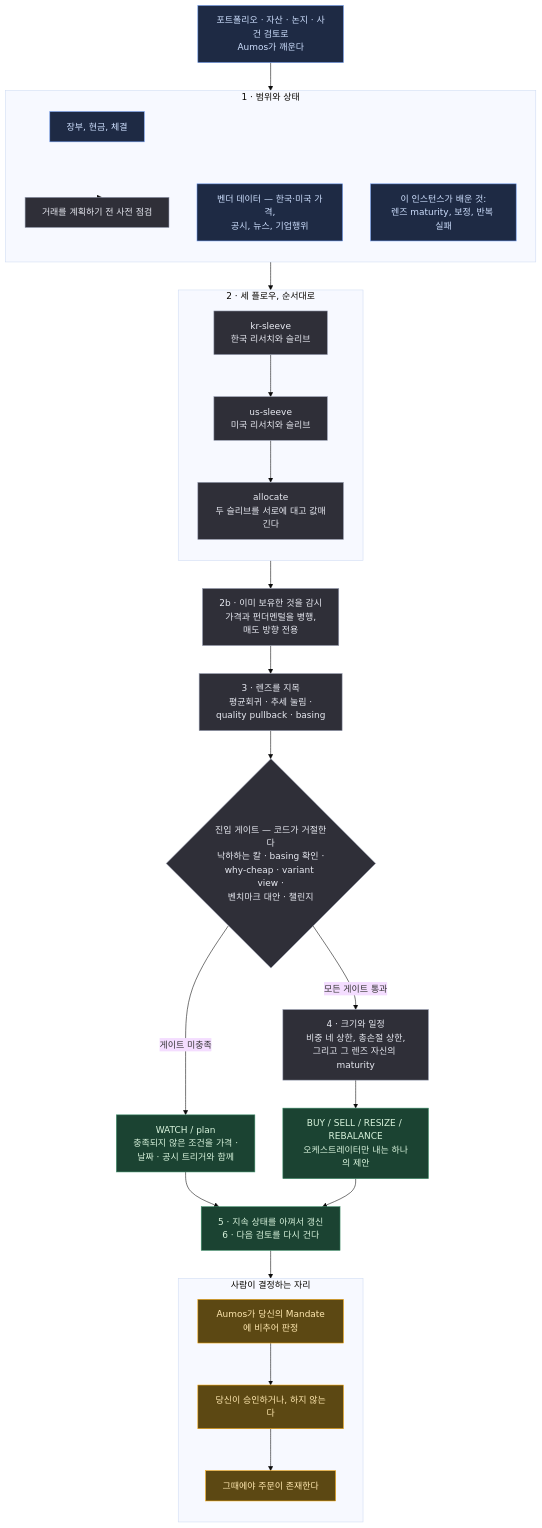
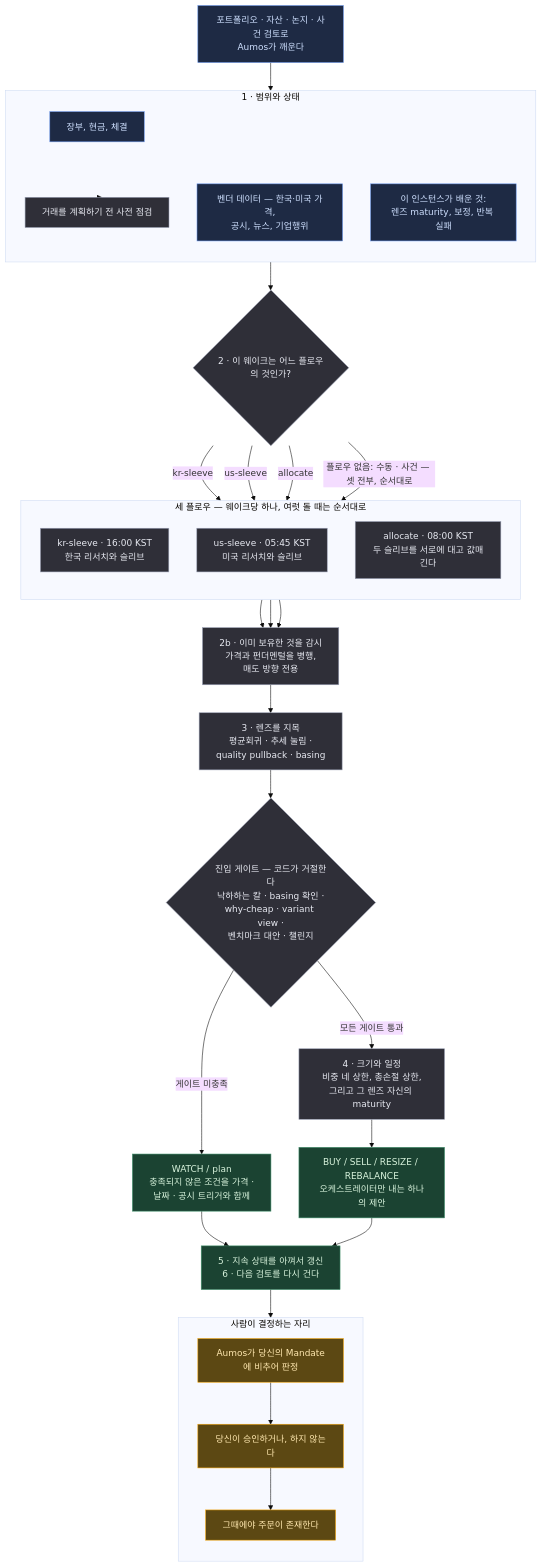
Before and after one commit to untilled/aumos-catalogue: the diagram in managers/evidence-gated/README.ko.md, drawn with Mermaid (base theme). The commit also changed other lines of this file and 13 other files, not shown here.

First line of the commit message:
fix(evidence-gated): 웨이크가 자기 flow를 싣고 오고, 오케스트레이터가 그것만 돌린다

````diff
--- a/managers/evidence-gated/README.ko.md
+++ b/managers/evidence-gated/README.ko.md
@@ -93,52 +113,61 @@
 ```mermaid
 flowchart TB
     classDef reads fill:#1e2a44,stroke:#6f9bf0,color:#cfe0ff
     classDef judges fill:#2f2f38,stroke:#9aa0b4,color:#e8eaf2
     classDef proposes fill:#1b4332,stroke:#40916c,color:#d8f3dc
     classDef person fill:#5c4813,stroke:#f6a609,color:#ffe8b0
 
     WAKE["포트폴리오 · 자산 · 논지 · 사건 검토로<br/>Aumos가 깨운다"]:::reads
 
     subgraph IN["1 · 범위와 상태"]
         direction TB
         BOOK["장부, 현금, 체결"]:::reads
         SRC["벤더 데이터 — 한국·미국 가격,<br/>공시, 뉴스, 기업행위"]:::reads
         MEM["이 인스턴스가 배운 것:<br/>렌즈 maturity, 보정, 반복 실패"]:::reads
         PRE["거래를 계획하기 전 사전 점검"]:::judges
     end
 
-    subgraph FLOWS["2 · 세 플로우, 순서대로"]
+    WHICH{"2 · 이 웨이크는 어느 플로우의 것인가?"}:::judges
+
+    subgraph FLOWS["세 플로우 — 웨이크당 하나, 여럿 돌 때는 순서대로"]
         direction TB
-        KR["kr-sleeve<br/>한국 리서치와 슬리브"]:::judges
-        US["us-sleeve<br/>미국 리서치와 슬리브"]:::judges
-        AL["allocate<br/>두 슬리브를 서로에 대고 값매긴다"]:::judges
+        KR["kr-sleeve · 16:00 KST<br/>한국 리서치와 슬리브"]:::judges
+        US["us-sleeve · 05:45 KST<br/>미국 리서치와 슬리브"]:::judges
+        AL["allocate · 08:00 KST<br/>두 슬리브를 서로에 대고 값매긴다"]:::judges
     end
 
     HOLD["2b · 이미 보유한 것을 감시<br/>가격과 펀더멘털을 병행,<br/>매도 방향 전용"]:::judges
 
     LENS["3 · 렌즈를 지목<br/>평균회귀 · 추세 눌림 ·<br/>quality pullback · basing"]:::judges
 
     GATE{"진입 게이트 — 코드가 거절한다<br/>낙하하는 칼 · basing 확인 ·<br/>why-cheap · variant view ·<br/>벤치마크 대안 · 챌린지"}:::judges
 
     SIZE["4 · 크기와 일정<br/>비중 네 상한, 총손절 상한,<br/>그리고 그 렌즈 자신의 maturity"]:::judges
 
     WATCH["WATCH / plan<br/>충족되지 않은 조건을 가격 ·<br/>날짜 · 공시 트리거와 함께"]:::proposes
     ACT["BUY / SELL / RESIZE / REBALANCE<br/>오케스트레이터만 내는 하나의 제안"]:::proposes
 
     LEARN["5 · 지속 상태를 아껴서 갱신<br/>6 · 다음 검토를 다시 건다"]:::proposes
 
     subgraph HUMAN["사람이 결정하는 자리"]
         direction TB
         MAND["Aumos가 당신의 Mandate에 비추어 판정"]:::person
         YOU["당신이 승인하거나, 하지 않는다"]:::person
         ORD["그때에야 주문이 존재한다"]:::person
     end
 
-    WAKE --> IN --> PRE --> KR --> US --> AL
-    AL --> HOLD --> LENS --> GATE
+    WAKE --> IN --> PRE --> WHICH
+    WHICH -- "kr-sleeve" --> KR
+    WHICH -- "us-sleeve" --> US
+    WHICH -- "allocate" --> AL
+    WHICH -- "플로우 없음: 수동 · 사건 — 셋 전부, 순서대로" --> FLOWS
+    KR --> HOLD
+    US --> HOLD
+    AL --> HOLD
+    HOLD --> LENS --> GATE
     GATE -- "게이트 미충족" --> WATCH
     GATE -- "모든 게이트 통과" --> SIZE --> ACT
     WATCH --> LEARN
     ACT --> LEARN
     LEARN --> MAND --> YOU --> ORD
 ```
````
